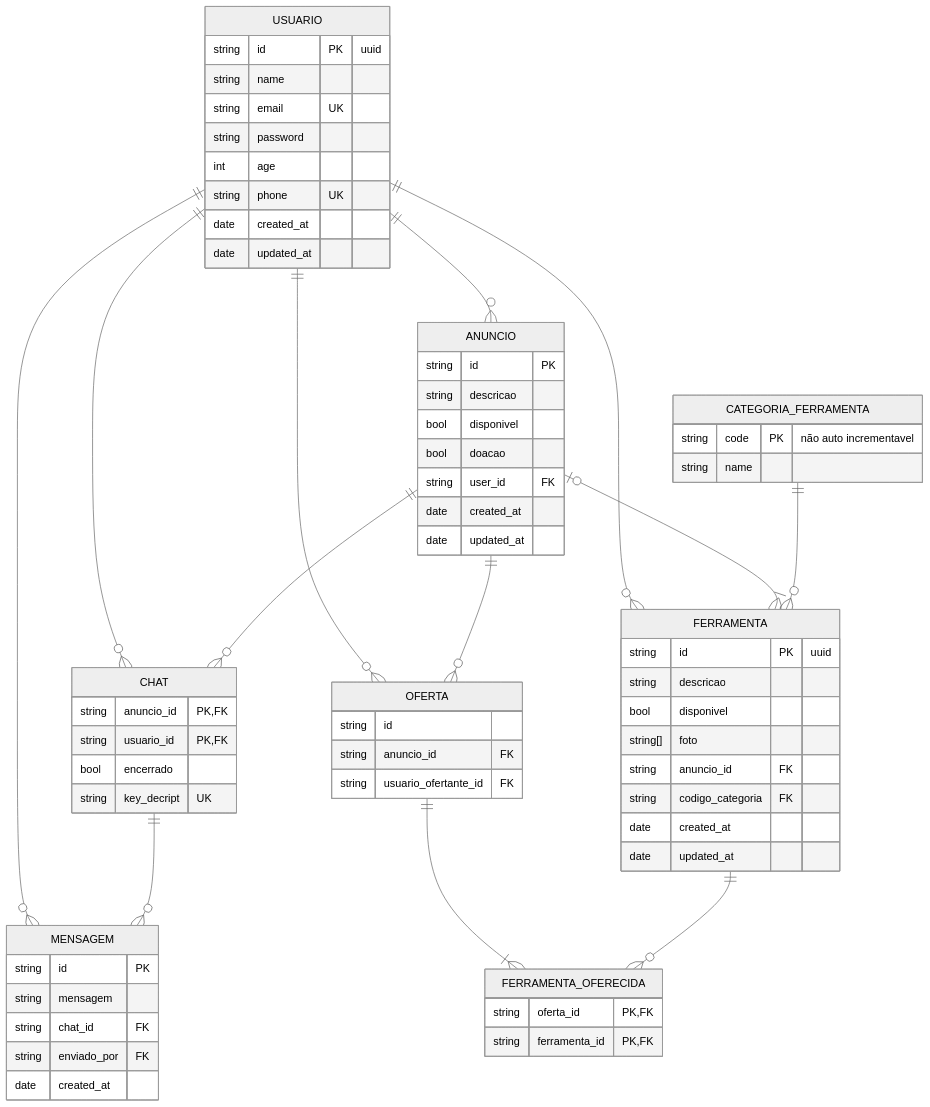
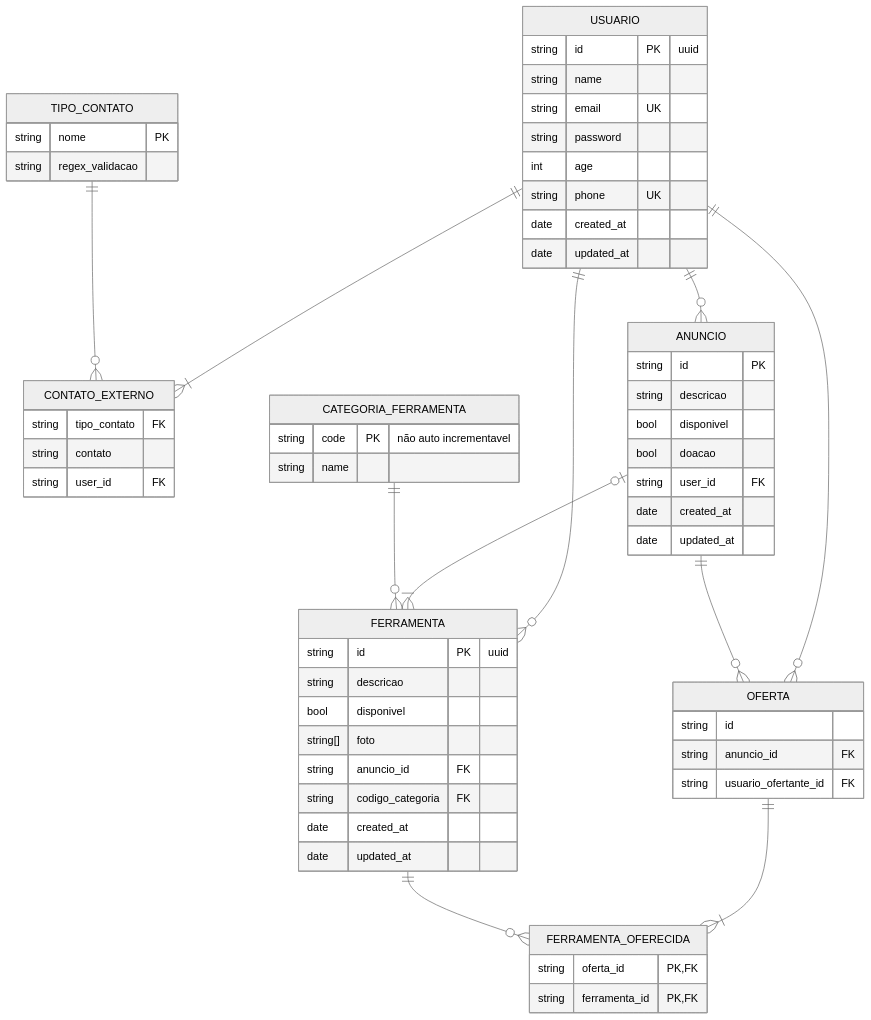
One commit to Marcos1701/Proj_Integrador_III changed the second of 2 diagrams in Documentos_Relacionados/readme.md. Above: the diagram before and after it, drawn with Mermaid (neutral theme). The commit also changed other lines of this file, not shown here.

```diff
--- a/Documentos_Relacionados/readme.md
+++ b/Documentos_Relacionados/readme.md
@@ -115,21 +116,16 @@
         date updated_at
     }
 
-    CHAT {
-        string anuncio_id PK,FK
-        string usuario_id PK,FK
+    CONTATO_EXTERNO {
+        string tipo_contato FK
+        string contato
 
-        bool encerrado
-        string key_decript UK
-
+        string user_id FK
     }
 
-    MENSAGEM {
-        string id PK
-        string mensagem
-        string chat_id FK
-        string enviado_por FK
-        date created_at
+    TIPO_CONTATO {
+        string nome PK
+        string regex_validacao
     }
 
     FERRAMENTA {
@@ -172,10 +168,9 @@
         date updated_at
     }
 
-    USUARIO ||--o{ CHAT : ""
-    USUARIO ||--o{ MENSAGEM : ""
-    ANUNCIO ||--o{ CHAT: ""
-    CHAT ||--o{ MENSAGEM : ""
+
+    USUARIO ||--|{ CONTATO_EXTERNO : ""
+    TIPO_CONTATO ||--o{ CONTATO_EXTERNO : ""
 
     USUARIO ||--o{ OFERTA : ""
     USUARIO ||--o{ FERRAMENTA : ""
```
